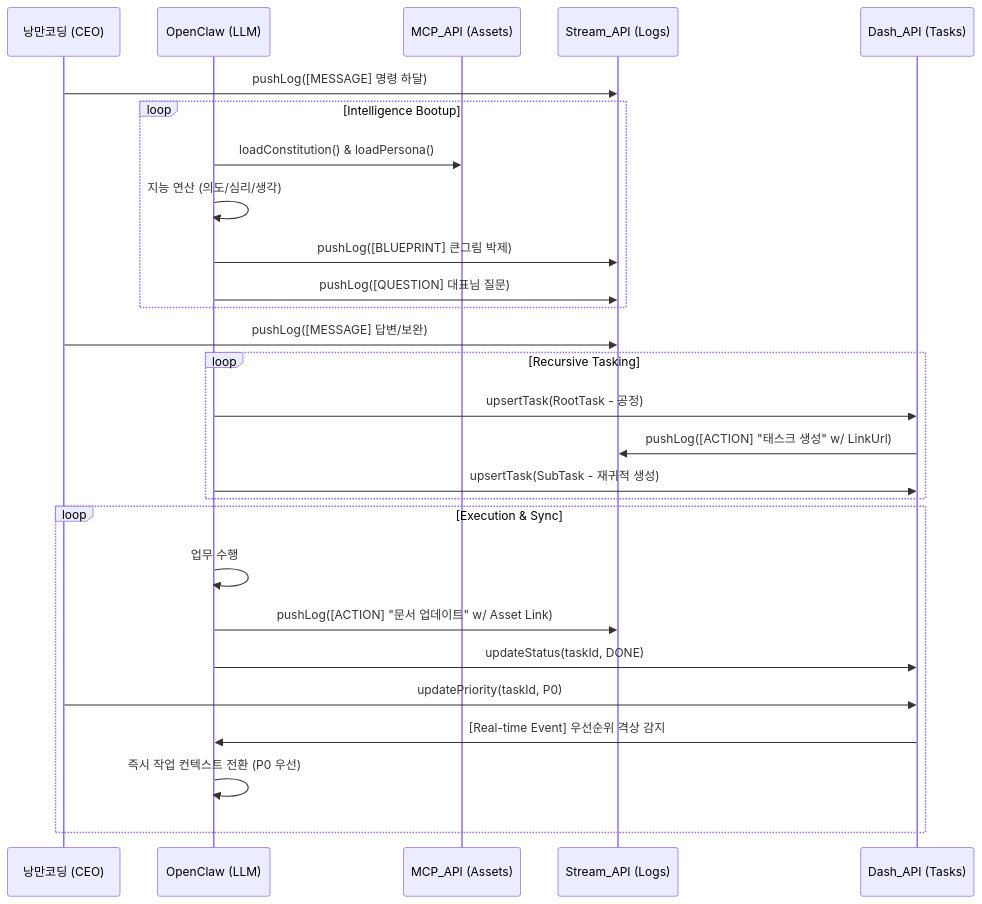
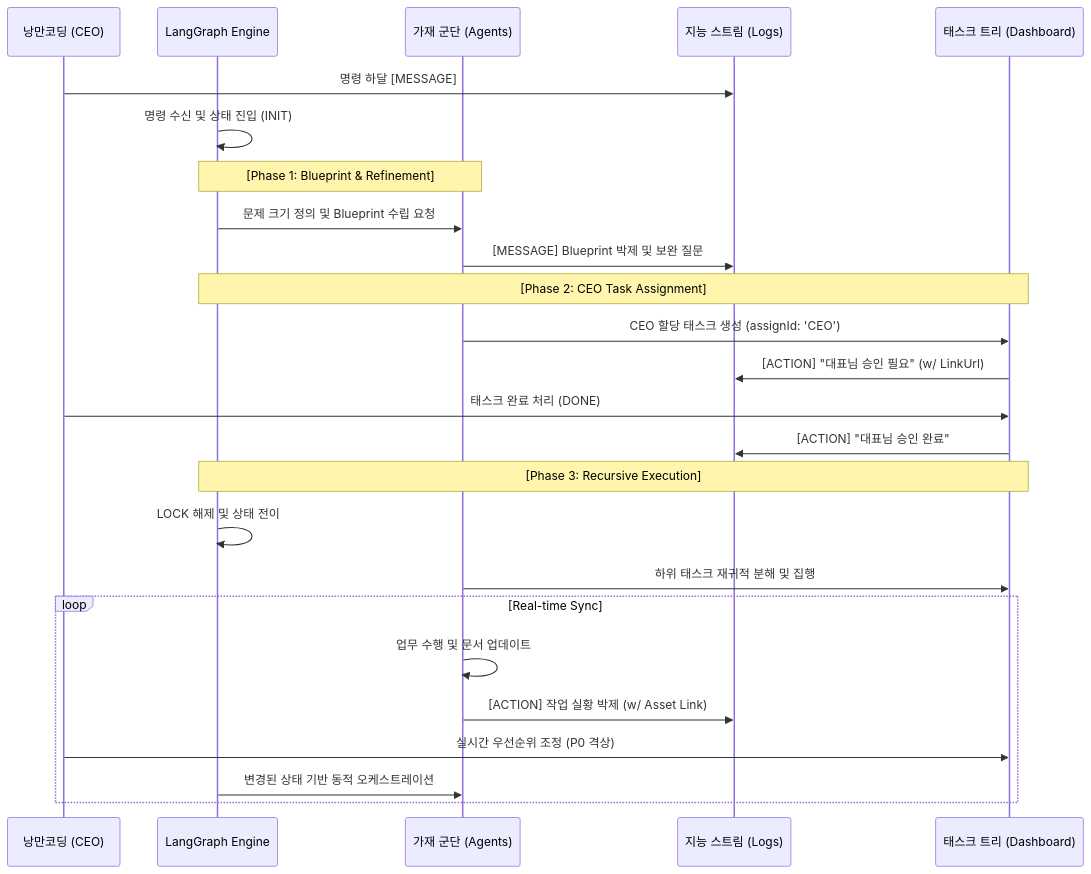
Before and after one commit to yuna-studio/yuna-openclaw: the second of 2 diagrams in docs/core/process/SYSTEM_DESIGN_V1_0.md, drawn with Mermaid. The commit also changed other lines of this file, not shown here.

Commit message:
docs: Rollback to Sanctuary v3.7 (CEO Task and Human-in-the-loop)

````diff
--- a/docs/core/process/SYSTEM_DESIGN_V1_0.md
+++ b/docs/core/process/SYSTEM_DESIGN_V1_0.md
@@ -72,35 +103,33 @@
 ```mermaid
 sequenceDiagram
     participant CEO as 낭만코딩 (CEO)
-    participant Agent as OpenClaw (LLM)
-    participant MCP_API as MCP_API (Assets)
-    participant Stream_API as Stream_API (Logs)
-    participant Dash_API as Dash_API (Tasks)
+    participant LG as LangGraph Engine
+    participant Agent as 가재 군단 (Agents)
+    participant Stream as 지능 스트림 (Logs)
+    participant Dash as 태스크 트리 (Dashboard)
 
-    CEO->>Stream_API: pushLog([MESSAGE] 명령 하달)
+    CEO->>Stream: 명령 하달 [MESSAGE]
+    LG->>LG: 명령 수신 및 상태 진입 (INIT)
     
-    loop Intelligence Bootup
-        Agent->>MCP_API: loadConstitution() & loadPersona()
-        Agent->>Agent: 지능 연산 (의도/심리/생각)
-        Agent->>Stream_API: pushLog([BLUEPRINT] 큰그림 박제)
-        Agent->>Stream_API: pushLog([QUESTION] 대표님 질문)
-    end
-
-    CEO->>Stream_API: pushLog([MESSAGE] 답변/보완)
-
-    loop Recursive Tasking
-        Agent->>Dash_API: upsertTask(RootTask - 공정)
-        Dash_API->>Stream_API: pushLog([ACTION] "태스크 생성" w/ LinkUrl)
-        Agent->>Dash_API: upsertTask(SubTask - 재귀적 생성)
-    end
-
-    loop Execution & Sync
-        Agent->>Agent: 업무 수행
-        Agent->>Stream_API: pushLog([ACTION] "문서 업데이트" w/ Asset Link)
-        Agent->>Dash_API: updateStatus(taskId, DONE)
-        
-        CEO->>Dash_API: updatePriority(taskId, P0)
-        Dash_API->>Agent: [Real-time Event] 우선순위 격상 감지
-        Agent->>Agent: 즉시 작업 컨텍스트 전환 (P0 우선)
+    Note over LG, Agent: [Phase 1: Blueprint & Refinement]
+    LG->>Agent: 문제 크기 정의 및 Blueprint 수립 요청
+    Agent->>Stream: [MESSAGE] Blueprint 박제 및 보완 질문
+    
+    Note over LG, Dash: [Phase 2: CEO Task Assignment]
+    Agent->>Dash: CEO 할당 태스크 생성 (assignId: 'CEO')
+    Dash->>Stream: [ACTION] "대표님 승인 필요" (w/ LinkUrl)
+    
+    CEO->>Dash: 태스크 완료 처리 (DONE)
+    Dash->>Stream: [ACTION] "대표님 승인 완료"
+    
+    Note over LG, Dash: [Phase 3: Recursive Execution]
+    LG->>LG: LOCK 해제 및 상태 전이
+    Agent->>Dash: 하위 태스크 재귀적 분해 및 집행
+    
+    loop Real-time Sync
+        Agent->>Agent: 업무 수행 및 문서 업데이트
+        Agent->>Stream: [ACTION] 작업 실황 박제 (w/ Asset Link)
+        CEO->>Dash: 실시간 우선순위 조정 (P0 격상)
+        LG->>Agent: 변경된 상태 기반 동적 오케스트레이션
     end
 ```
````
